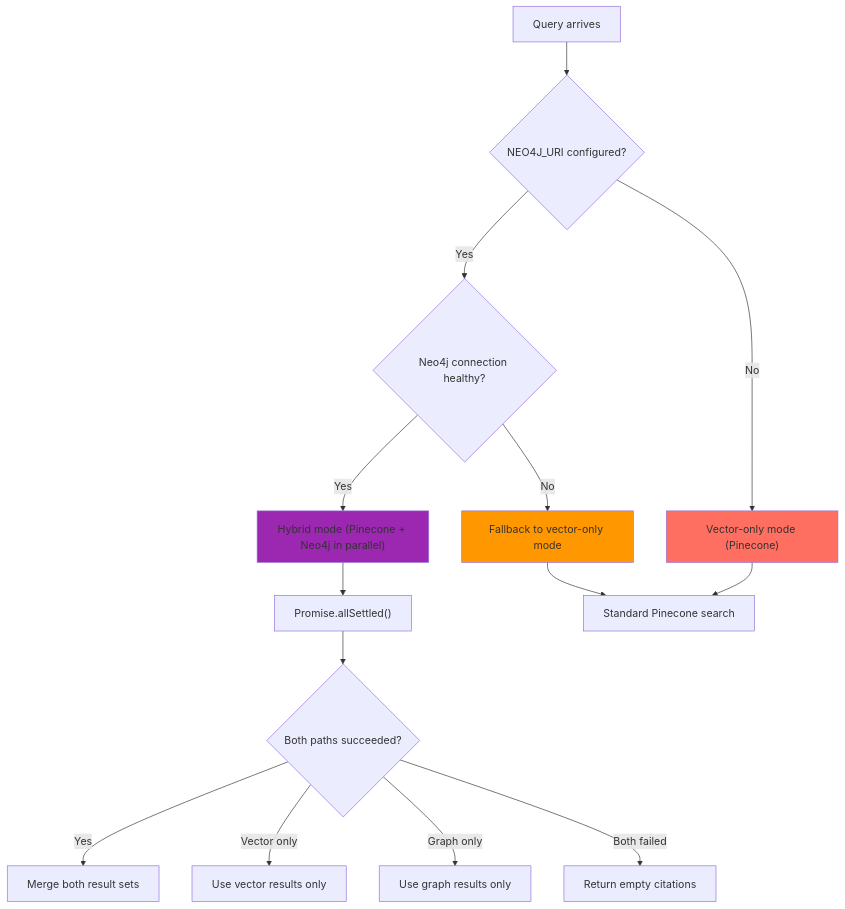
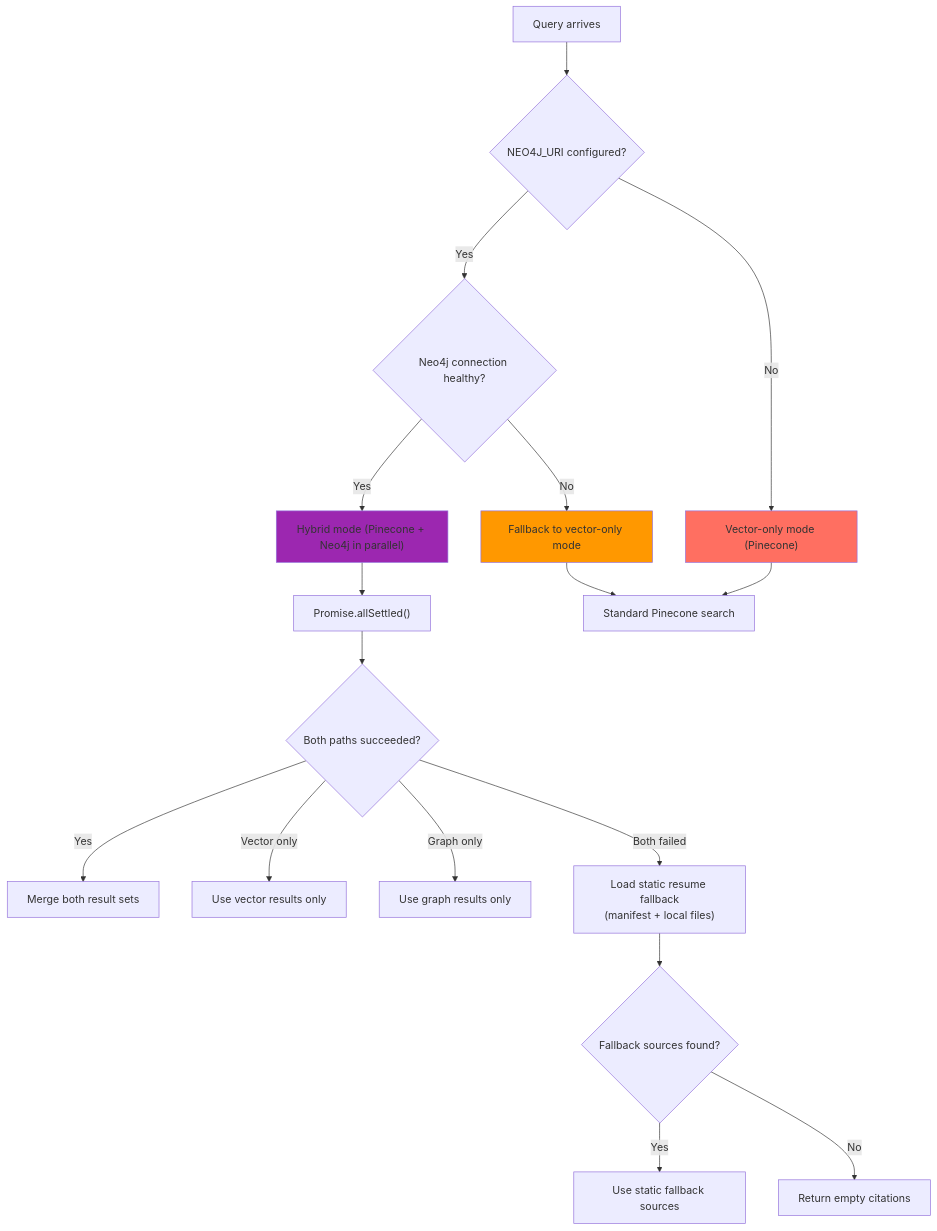
Diagram 31 of 43 in ARCHITECTURE.md (hoangsonww/AI-RAG-Assistant-Chatbot), drawn with Mermaid before and after one commit. The commit also changed other lines of this file and 5 other files, not shown here.

Commit message:
feat(rag): enhance hybrid retrieval with static resume fallback for backend failures

````diff
--- a/ARCHITECTURE.md
+++ b/ARCHITECTURE.md
@@ -1540,25 +1542,28 @@
 ```mermaid
 flowchart TD
     Start["Query arrives"] --> CheckNeo4j{"NEO4J_URI configured?"}
 
     CheckNeo4j -->|No| VectorOnly["Vector-only mode (Pinecone)"]
     CheckNeo4j -->|Yes| CheckHealth{"Neo4j connection healthy?"}
 
     CheckHealth -->|Yes| HybridMode["Hybrid mode (Pinecone + Neo4j in parallel)"]
     CheckHealth -->|No| FallbackVector["Fallback to vector-only mode"]
 
     HybridMode --> PromiseAllSettled["Promise.allSettled()"]
     PromiseAllSettled --> CheckResults{"Both paths succeeded?"}
 
     CheckResults -->|Yes| MergeBoth["Merge both result sets"]
     CheckResults -->|Vector only| UseVector["Use vector results only"]
     CheckResults -->|Graph only| UseGraph["Use graph results only"]
-    CheckResults -->|Both failed| EmptyResults["Return empty citations"]
+    CheckResults -->|Both failed| StaticFallback["Load static resume fallback<br/>(manifest + local files)"]
+    StaticFallback --> StaticAvailable{"Fallback sources found?"}
+    StaticAvailable -->|Yes| UseStatic["Use static fallback sources"]
+    StaticAvailable -->|No| EmptyResults["Return empty citations"]
 
     VectorOnly --> PineconeSearch["Standard Pinecone search"]
     FallbackVector --> PineconeSearch
 
     style VectorOnly fill:#FF6F61
     style HybridMode fill:#9C27B0
     style FallbackVector fill:#FF9800
 ```
````
